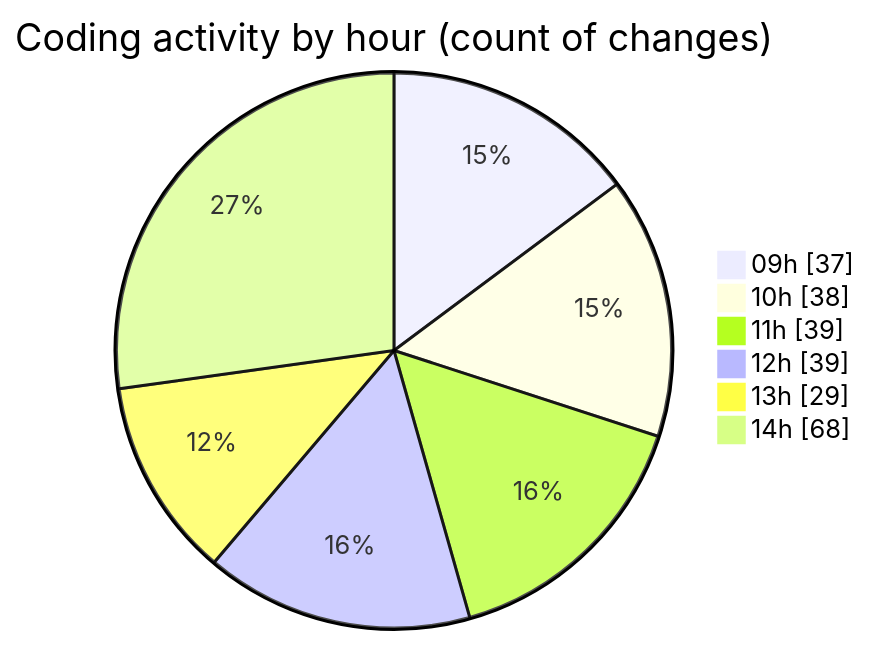
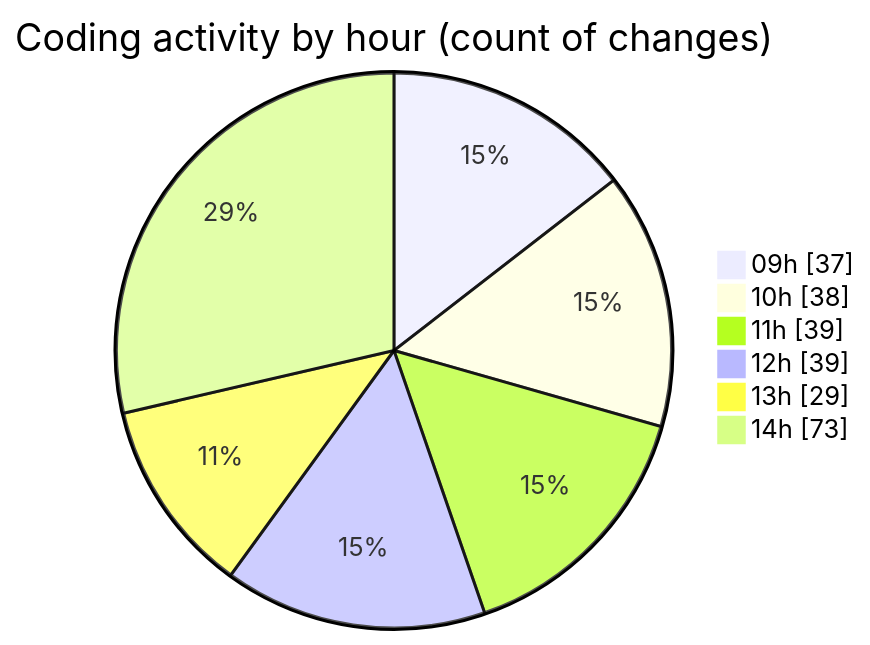
Before and after one commit to momahboobian/code-tracking: the second of 2 diagrams in 2025-02-12/cda/README.md, drawn with Mermaid. The commit also changed other lines of this file and 1 other file, not shown here.

````diff
--- a/2025-02-12/cda/README.md
+++ b/2025-02-12/cda/README.md
@@ -39,10 +39,10 @@
 ```mermaid
 pie showData
 title Coding activity by hour (count of changes)
 "09h" : 37
 "10h" : 38
 "11h" : 39
 "12h" : 39
 "13h" : 29
-"14h" : 68
+"14h" : 73
 ```
````
